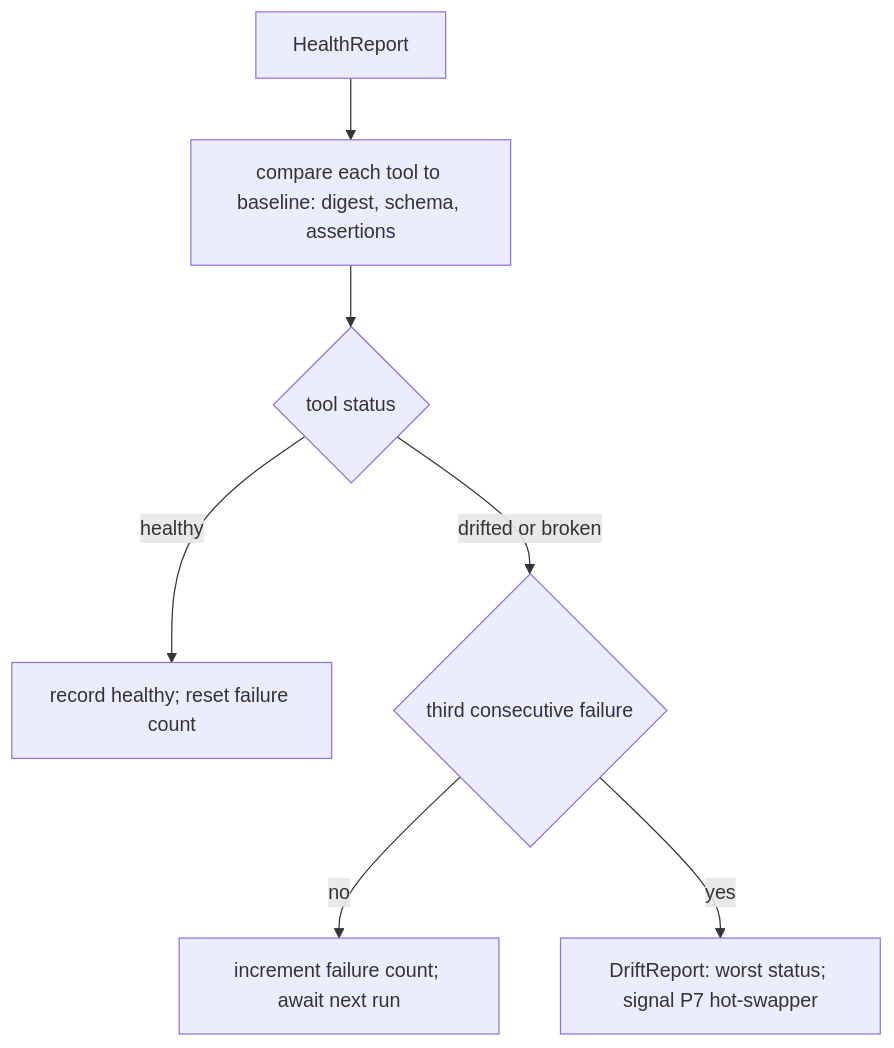
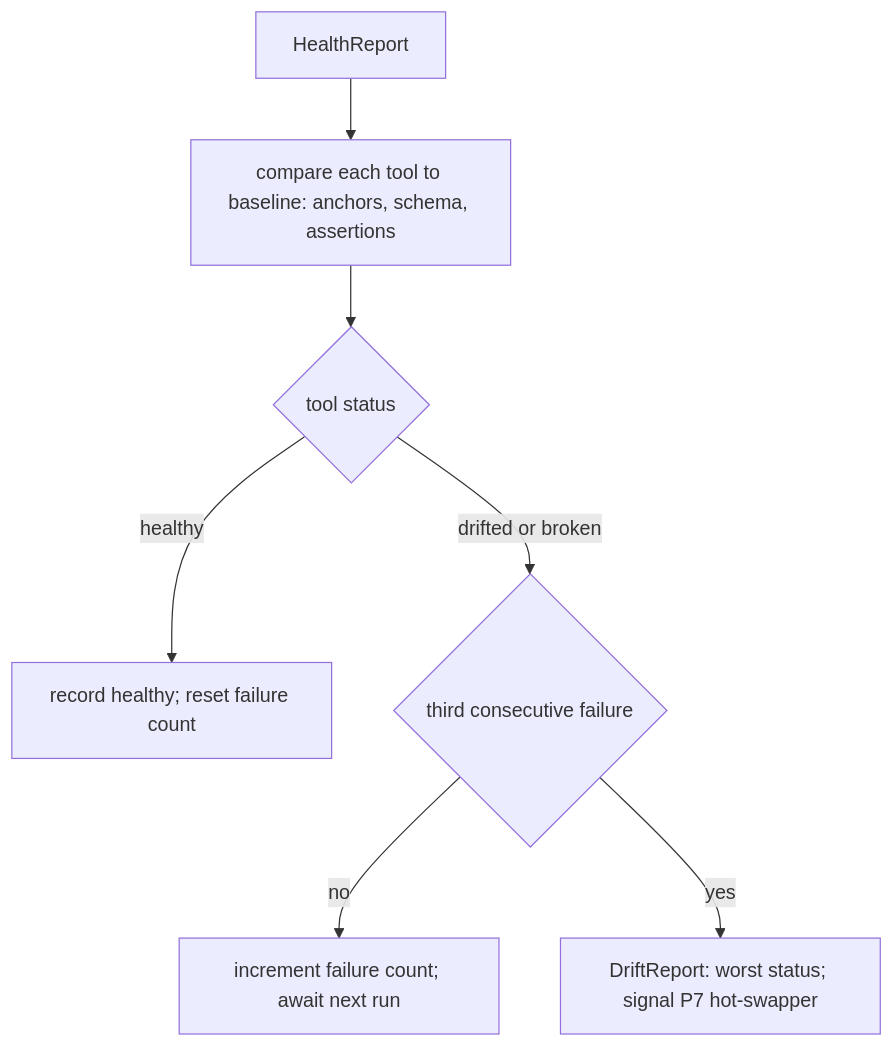
Before and after one commit to febufenn-cyber/drawing-office-v2: the seventh of 8 diagrams in designs/site-adapter-compiler/LLD.md, drawn with Mermaid. The commit also changed other lines of this file and 6 other files, not shown here.

````diff
--- a/designs/site-adapter-compiler/LLD.md
+++ b/designs/site-adapter-compiler/LLD.md
@@ -280,9 +282,9 @@
 ```mermaid
 flowchart TB
-    HR["HealthReport"] --> CMP["compare each tool to baseline: digest, schema, assertions"]
+    HR["HealthReport"] --> CMP["compare each tool to baseline: anchors, schema, assertions"]
     CMP --> CLS{"tool status"}
     CLS -->|healthy| OK["record healthy; reset failure count"]
     CLS -->|drifted or broken| CNT{"third consecutive failure"}
     CNT -->|no| WAIT["increment failure count; await next run"]
     CNT -->|yes| SIG["DriftReport: worst status; signal P7 hot-swapper"]
 ```
````
